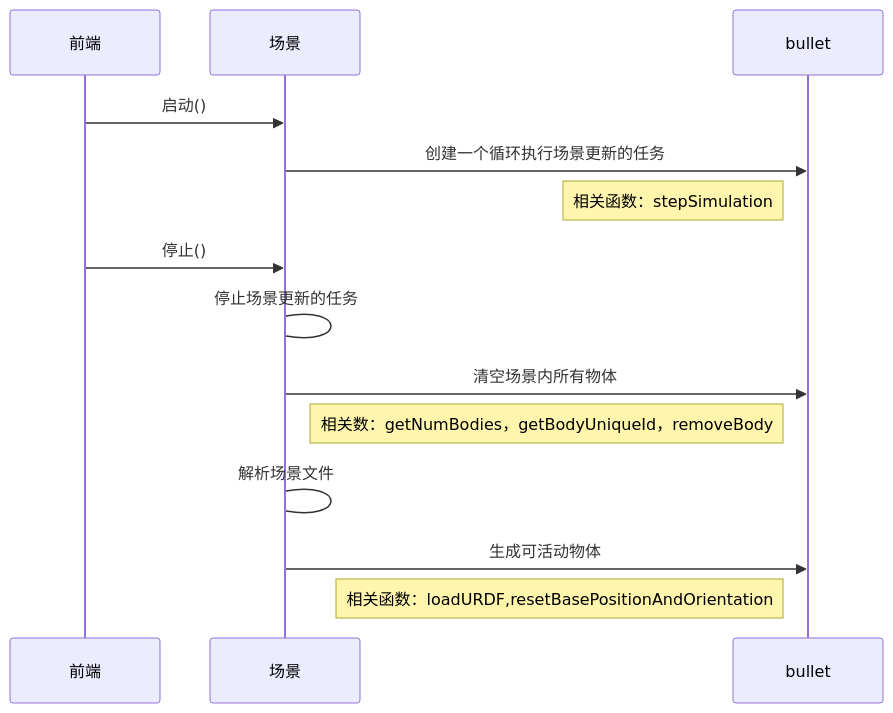
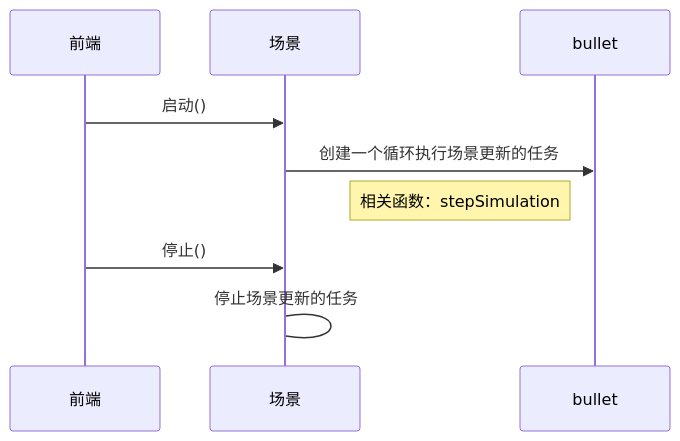
The second of 13 diagrams in README.md (sltruman/practical-tools), drawn with Mermaid before and after one commit. The commit also changed other lines of this file and 7 other files, not shown here.

````diff
--- a/README.md
+++ b/README.md
@@ -160,15 +158,10 @@
 ```mermaid
 sequenceDiagram
     participant ui as 前端
     participant scene as 场景
     ui->>scene: 启动()
     scene->>bullet: 创建一个循环执行场景更新的任务
     note left of bullet: 相关函数：stepSimulation
     ui->>scene: 停止()
     scene->scene: 停止场景更新的任务
-    scene->>bullet: 清空场景内所有物体
-    note left of bullet: 相关数：getNumBodies，getBodyUniqueId，removeBody
-    scene->scene: 解析场景文件
-    scene->>bullet: 生成可活动物体
-    note left of bullet: 相关函数：loadURDF,resetBasePositionAndOrientation
 ```
````
